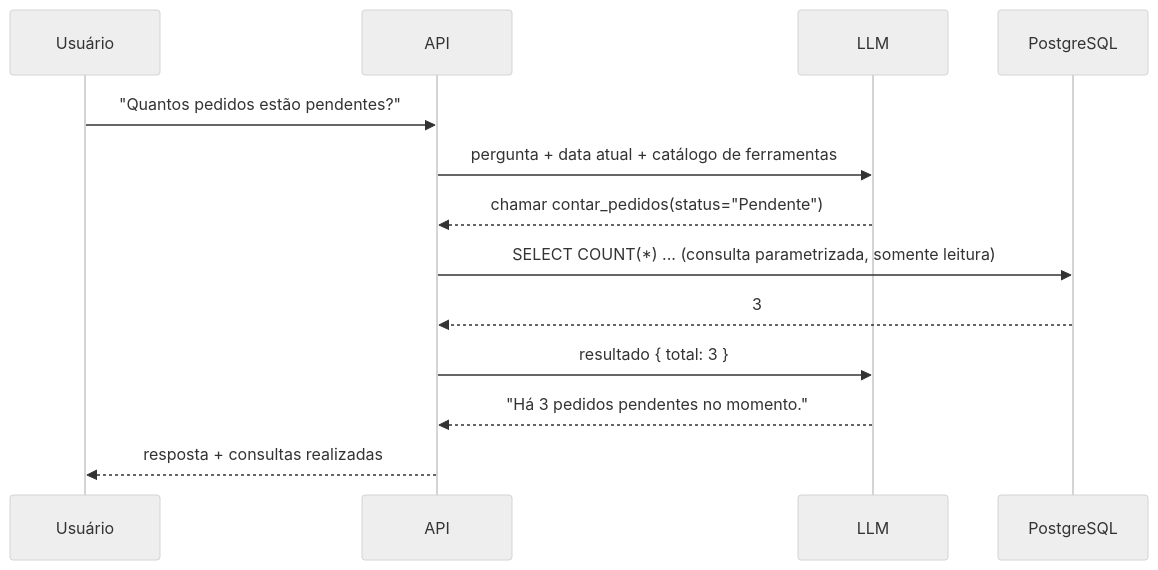
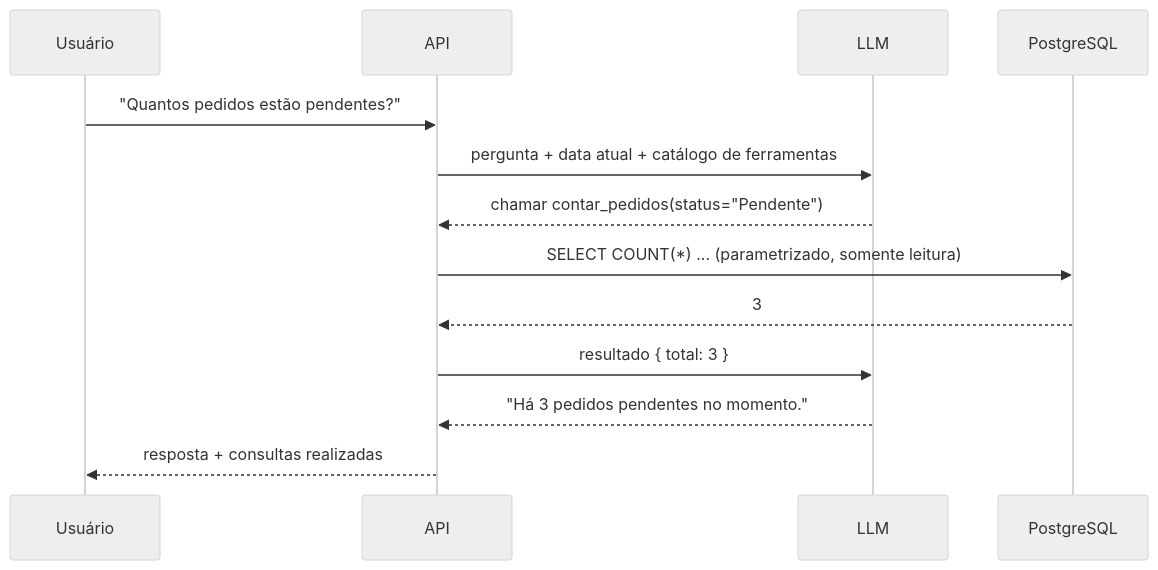
Before and after one commit to marcusguarani/tmb-orders: the fourth of 4 diagrams in README.md, drawn with Mermaid (neutral theme). The commit also changed other lines of this file and 11 other files, not shown here.

````diff
--- a/README.md
+++ b/README.md
@@ -183,15 +259,15 @@
 ```mermaid
 sequenceDiagram
     participant U as Usuário
     participant API
     participant LLM
     participant DB as PostgreSQL
     U->>API: "Quantos pedidos estão pendentes?"
     API->>LLM: pergunta + data atual + catálogo de ferramentas
     LLM-->>API: chamar contar_pedidos(status="Pendente")
-    API->>DB: SELECT COUNT(*) ... (consulta parametrizada, somente leitura)
+    API->>DB: SELECT COUNT(*) ... (parametrizado, somente leitura)
     DB-->>API: 3
     API->>LLM: resultado { total: 3 }
     LLM-->>API: "Há 3 pedidos pendentes no momento."
     API-->>U: resposta + consultas realizadas
 ```
````
